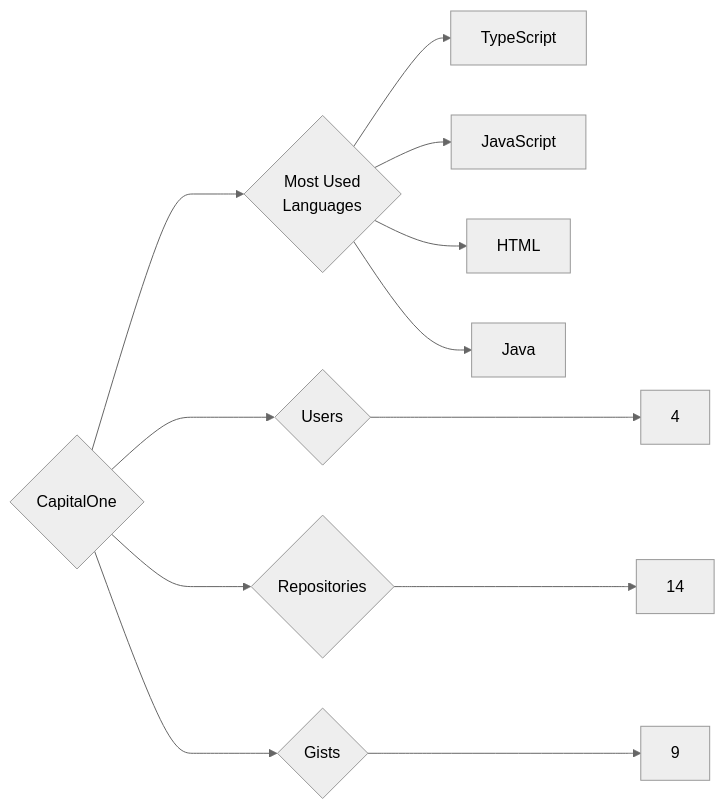
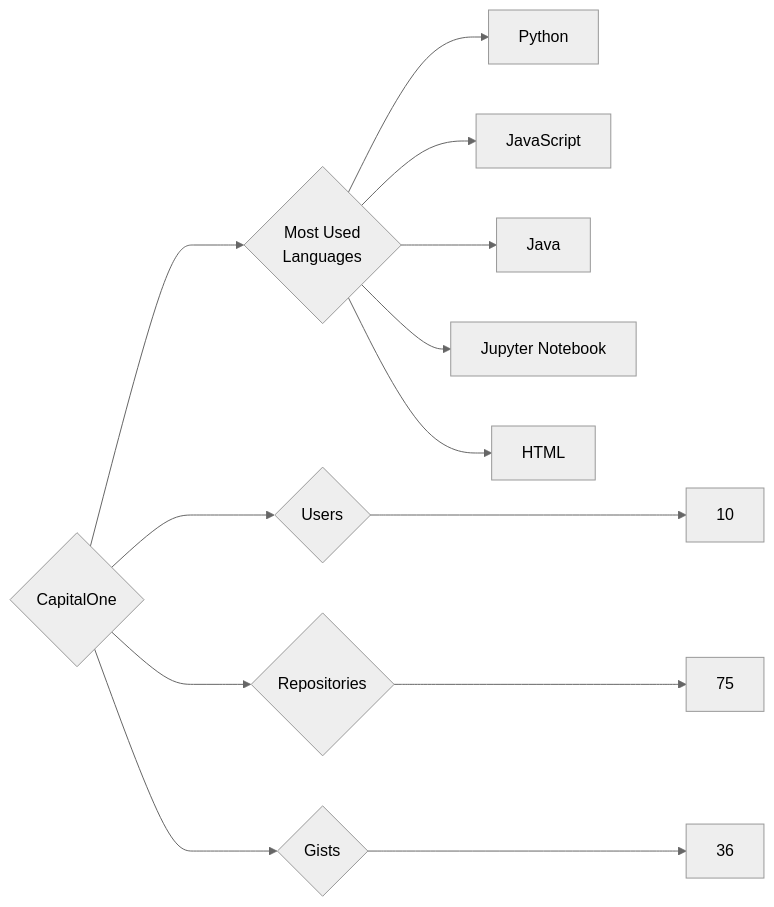
One commit to trickest/insiders changed the diagram in targets/CapitalOne/README.md. Above: the diagram before and after it, drawn with Mermaid (neutral theme). The commit also changed 933 other files, not shown here.

````diff
--- a/targets/CapitalOne/README.md
+++ b/targets/CapitalOne/README.md
@@ -3,12 +3,13 @@
 ```mermaid
 graph LR
 COMPANY_NAME{CapitalOne}
-COMPANY_NAME ---> U{Users} ---> UN[4]
-COMPANY_NAME ---> R{Repositories} ---> RN[14]
-COMPANY_NAME ---> G{Gists} ---> GN[9]
+COMPANY_NAME ---> U{Users} ---> UN[10]
+COMPANY_NAME ---> R{Repositories} ---> RN[75]
+COMPANY_NAME ---> G{Gists} ---> GN[36]
 COMPANY_NAME ---> ML{Most Used<br>Languages}
-ML --> TypeScript[TypeScript]
+ML --> Python[Python]
 ML --> JavaScript[JavaScript]
+ML --> Java[Java]
+ML --> Jupyter_Notebook[Jupyter Notebook]
 ML --> HTML[HTML]
-ML --> Java[Java]
 ```
````
